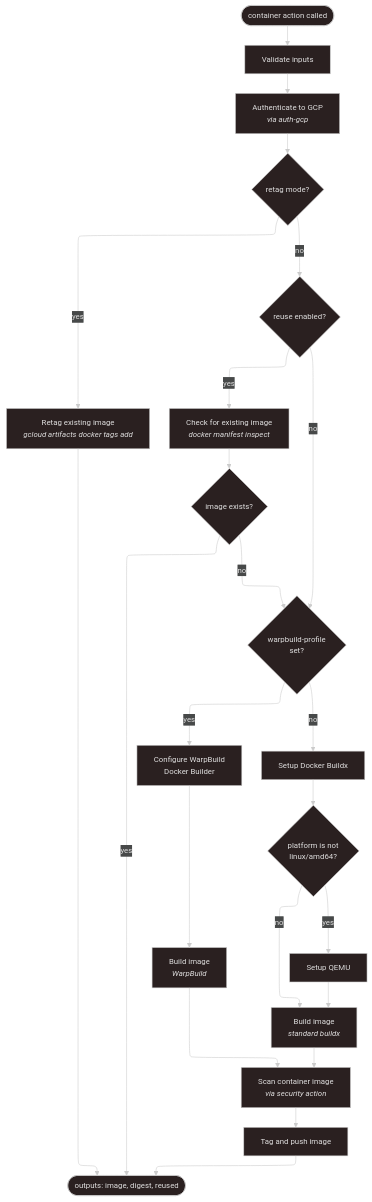
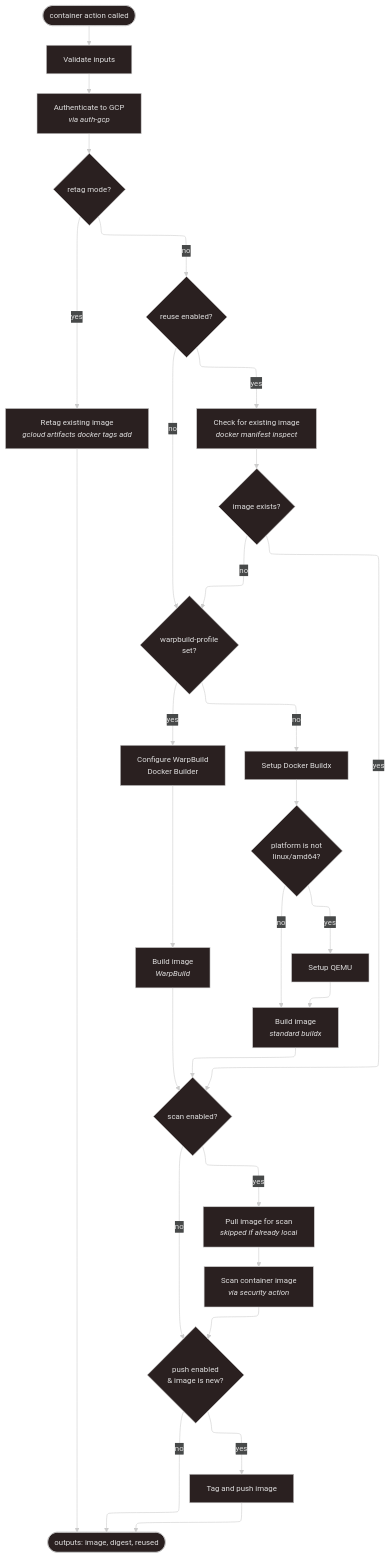
Before and after one commit to credova/platform-workflows: the sixth of 8 diagrams in docs/usage.md, drawn with Mermaid. The commit also changed other lines of this file and 6 other files, not shown here.

````diff
--- a/docs/usage.md
+++ b/docs/usage.md
@@ -1090,50 +1090,60 @@
 ```mermaid
 ---
 config:
   layout: elk
   theme: neo-dark
 ---
 flowchart TD
     IN(["container action called"])
 
     VAL["Validate inputs"]
     GCP["Authenticate to GCP\n<i>via auth-gcp</i>"]
 
     RETAG_CHECK{"retag mode?"}
     RETAG["Retag existing image\n<i>gcloud artifacts docker tags add</i>"]
 
     REUSE_CHECK{"reuse enabled?"}
     REUSE["Check for existing image\n<i>docker manifest inspect</i>"]
     EXISTS{"image exists?"}
 
+    SCAN_CHECK{"scan enabled?"}
+    PULL["Pull image for scan\n<i>skipped if already local</i>"]
+
     WARP_CHECK{"warpbuild-profile\nset?"}
     WARP_SETUP["Configure WarpBuild\nDocker Builder"]
     WARP_BUILD["Build image\n<i>WarpBuild</i>"]
 
     BUILDX["Setup Docker Buildx"]
     QEMU{"platform is not\nlinux/amd64?"}
     QEMU_SETUP["Setup QEMU"]
     STD_BUILD["Build image\n<i>standard buildx</i>"]
 
     SCAN["Scan container image\n<i>via security action</i>"]
+    PUSH_CHECK{"push enabled\n& image is new?"}
     PUSH["Tag and push image"]
 
     OUT(["outputs: image, digest, reused"])
 
     IN --> VAL --> GCP --> RETAG_CHECK
 
     RETAG_CHECK -->|yes| RETAG --> OUT
     RETAG_CHECK -->|no| REUSE_CHECK
 
     REUSE_CHECK -->|yes| REUSE --> EXISTS
     REUSE_CHECK -->|no| WARP_CHECK
-    EXISTS -->|yes| OUT
+    EXISTS -->|yes| SCAN_CHECK
     EXISTS -->|no| WARP_CHECK
 
-    WARP_CHECK -->|yes| WARP_SETUP --> WARP_BUILD --> SCAN
+    WARP_CHECK -->|yes| WARP_SETUP --> WARP_BUILD --> SCAN_CHECK
     WARP_CHECK -->|no| BUILDX --> QEMU
-    QEMU -->|yes| QEMU_SETUP --> STD_BUILD --> SCAN
+    QEMU -->|yes| QEMU_SETUP --> STD_BUILD
     QEMU -->|no| STD_BUILD
 
-    SCAN --> PUSH --> OUT
+    STD_BUILD --> SCAN_CHECK
+
+    SCAN_CHECK -->|yes| PULL --> SCAN --> PUSH_CHECK
+    SCAN_CHECK -->|no| PUSH_CHECK
+
+    PUSH_CHECK -->|yes| PUSH --> OUT
+    PUSH_CHECK -->|no| OUT
 ```
````
